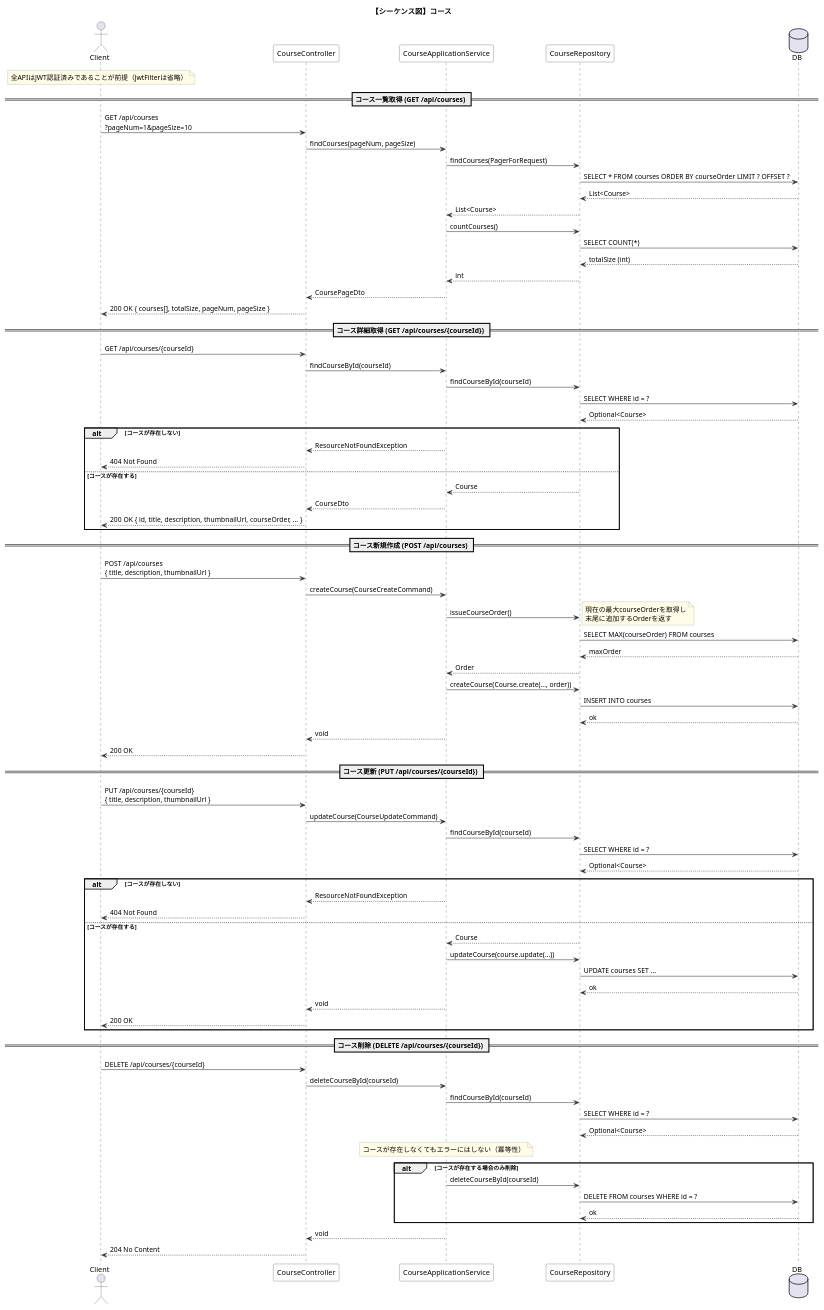
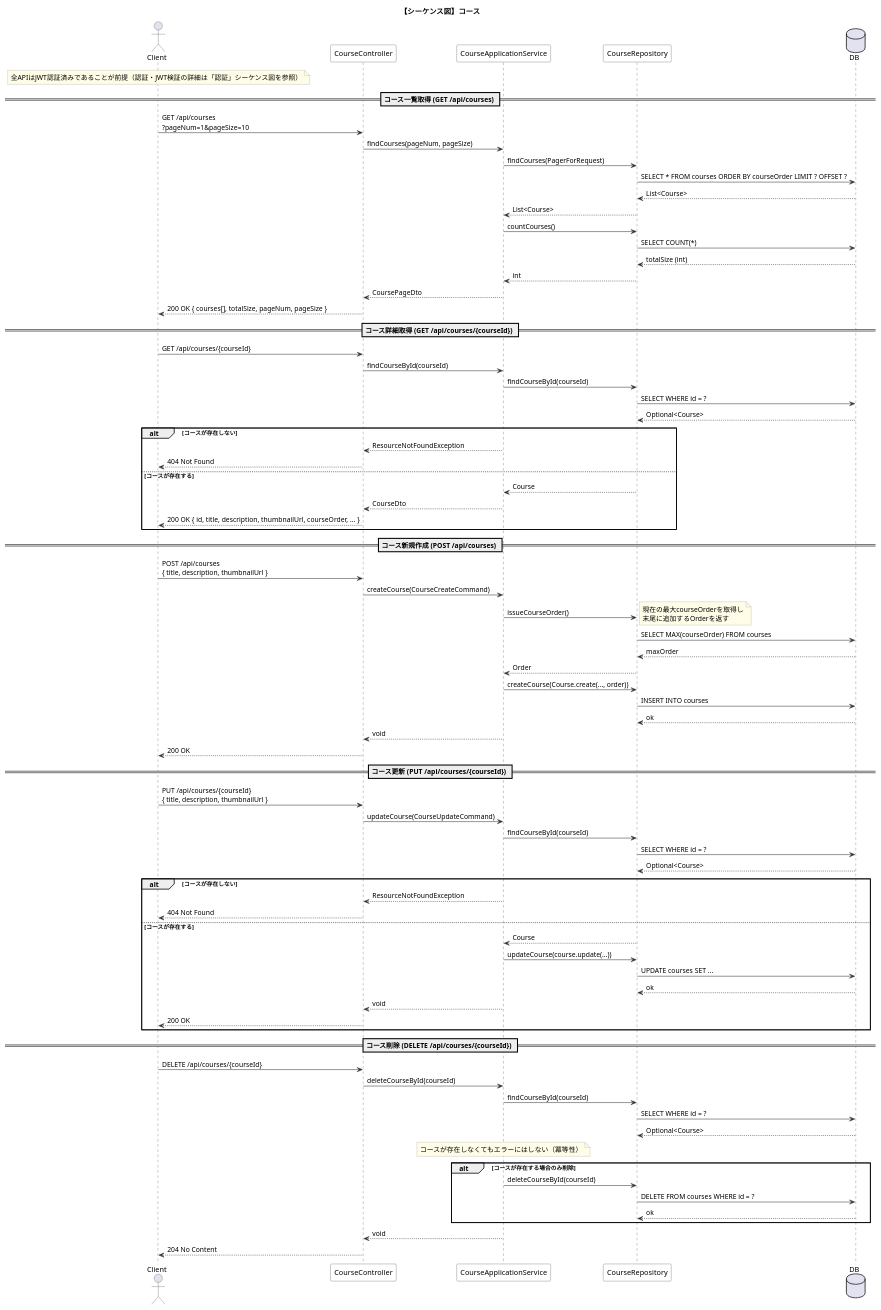
Before and after one commit to stra24/elms-backend: the diagram in docs/sequence-course.puml, drawn with PlantUML. The commit also changed 216 other files, not shown here.

```diff
--- a/docs/sequence-course.puml
+++ b/docs/sequence-course.puml
@@ -1,143 +1,143 @@
 @startuml sequence-course
 title 【シーケンス図】コース
 
 skinparam sequence {
   ArrowColor #333333
   ActorBorderColor #333333
   LifeLineBorderColor #333333
   ParticipantBorderColor #333333
   ParticipantBackgroundColor White
 }
 skinparam noteBackgroundColor #FFFDE7
 skinparam noteBorderColor #999999
 
 actor Client
 participant "CourseController" as Controller
 participant "CourseApplicationService" as AppService
 participant "CourseRepository" as Repo
 database "DB" as DB
 
 note over Client
-  全APIはJWT認証済みであることが前提（JwtFilterは省略）
+  全APIはJWT認証済みであることが前提（認証・JWT検証の詳細は「認証」シーケンス図を参照）
 end note
 
 ' ============================================================
 ' コース一覧取得
 ' ============================================================
 == コース一覧取得 (GET /api/courses) ==
 
 Client -> Controller : GET /api/courses\n?pageNum=1&pageSize=10
 
 Controller -> AppService : findCourses(pageNum, pageSize)
 
 AppService -> Repo : findCourses(PagerForRequest)
 Repo -> DB : SELECT * FROM courses ORDER BY courseOrder LIMIT ? OFFSET ?
 DB --> Repo : List<Course>
 Repo --> AppService : List<Course>
 
 AppService -> Repo : countCourses()
 Repo -> DB : SELECT COUNT(*)
 DB --> Repo : totalSize (int)
 Repo --> AppService : int
 
 AppService --> Controller : CoursePageDto
 Controller --> Client : 200 OK { courses[], totalSize, pageNum, pageSize }
 
 ' ============================================================
 ' コース詳細取得
 ' ============================================================
 == コース詳細取得 (GET /api/courses/{courseId}) ==
 
 Client -> Controller : GET /api/courses/{courseId}
 
 Controller -> AppService : findCourseById(courseId)
 
 AppService -> Repo : findCourseById(courseId)
 Repo -> DB : SELECT WHERE id = ?
 DB --> Repo : Optional<Course>
 
 alt コースが存在しない
   AppService --> Controller : ResourceNotFoundException
   Controller --> Client : 404 Not Found
 else コースが存在する
   Repo --> AppService : Course
   AppService --> Controller : CourseDto
   Controller --> Client : 200 OK { id, title, description, thumbnailUrl, courseOrder, ... }
 end
 
 ' ============================================================
 ' コース新規作成
 ' ============================================================
 == コース新規作成 (POST /api/courses) ==
 
 Client -> Controller : POST /api/courses\n{ title, description, thumbnailUrl }
 
 Controller -> AppService : createCourse(CourseCreateCommand)
 
 AppService -> Repo : issueCourseOrder()
 note right: 現在の最大courseOrderを取得し\n末尾に追加するOrderを返す
 Repo -> DB : SELECT MAX(courseOrder) FROM courses
 DB --> Repo : maxOrder
 Repo --> AppService : Order
 
 AppService -> Repo : createCourse(Course.create(..., order))
 Repo -> DB : INSERT INTO courses
 DB --> Repo : ok
 
 AppService --> Controller : void
 Controller --> Client : 200 OK
 
 ' ============================================================
 ' コース更新
 ' ============================================================
 == コース更新 (PUT /api/courses/{courseId}) ==
 
 Client -> Controller : PUT /api/courses/{courseId}\n{ title, description, thumbnailUrl }
 
 Controller -> AppService : updateCourse(CourseUpdateCommand)
 
 AppService -> Repo : findCourseById(courseId)
 Repo -> DB : SELECT WHERE id = ?
 DB --> Repo : Optional<Course>
 
 alt コースが存在しない
   AppService --> Controller : ResourceNotFoundException
   Controller --> Client : 404 Not Found
 else コースが存在する
   Repo --> AppService : Course
 
   AppService -> Repo : updateCourse(course.update(...))
   Repo -> DB : UPDATE courses SET ...
   DB --> Repo : ok
 
   AppService --> Controller : void
   Controller --> Client : 200 OK
 end
 
 ' ============================================================
 ' コース削除
 ' ============================================================
 == コース削除 (DELETE /api/courses/{courseId}) ==
 
 Client -> Controller : DELETE /api/courses/{courseId}
 
 Controller -> AppService : deleteCourseById(courseId)
 
 AppService -> Repo : findCourseById(courseId)
 Repo -> DB : SELECT WHERE id = ?
 DB --> Repo : Optional<Course>
 
 note over AppService
   コースが存在しなくてもエラーにはしない（冪等性）
 end note
 
 alt コースが存在する場合のみ削除
   AppService -> Repo : deleteCourseById(courseId)
   Repo -> DB : DELETE FROM courses WHERE id = ?
   DB --> Repo : ok
 end
 
 AppService --> Controller : void
 Controller --> Client : 204 No Content
 
 @enduml
```
